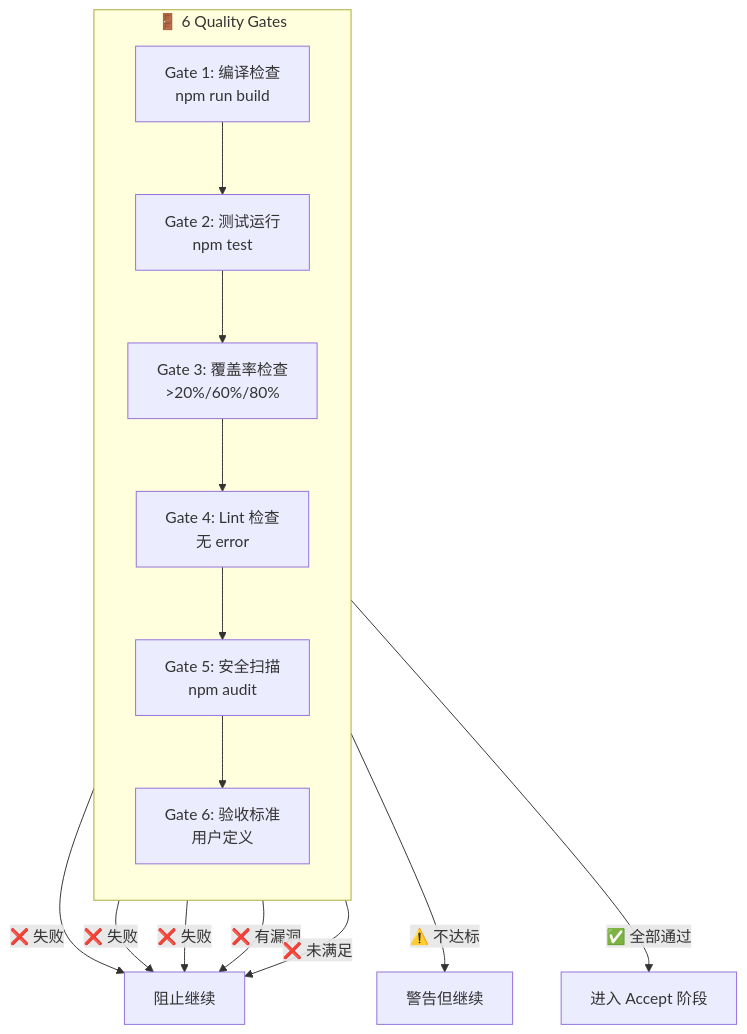
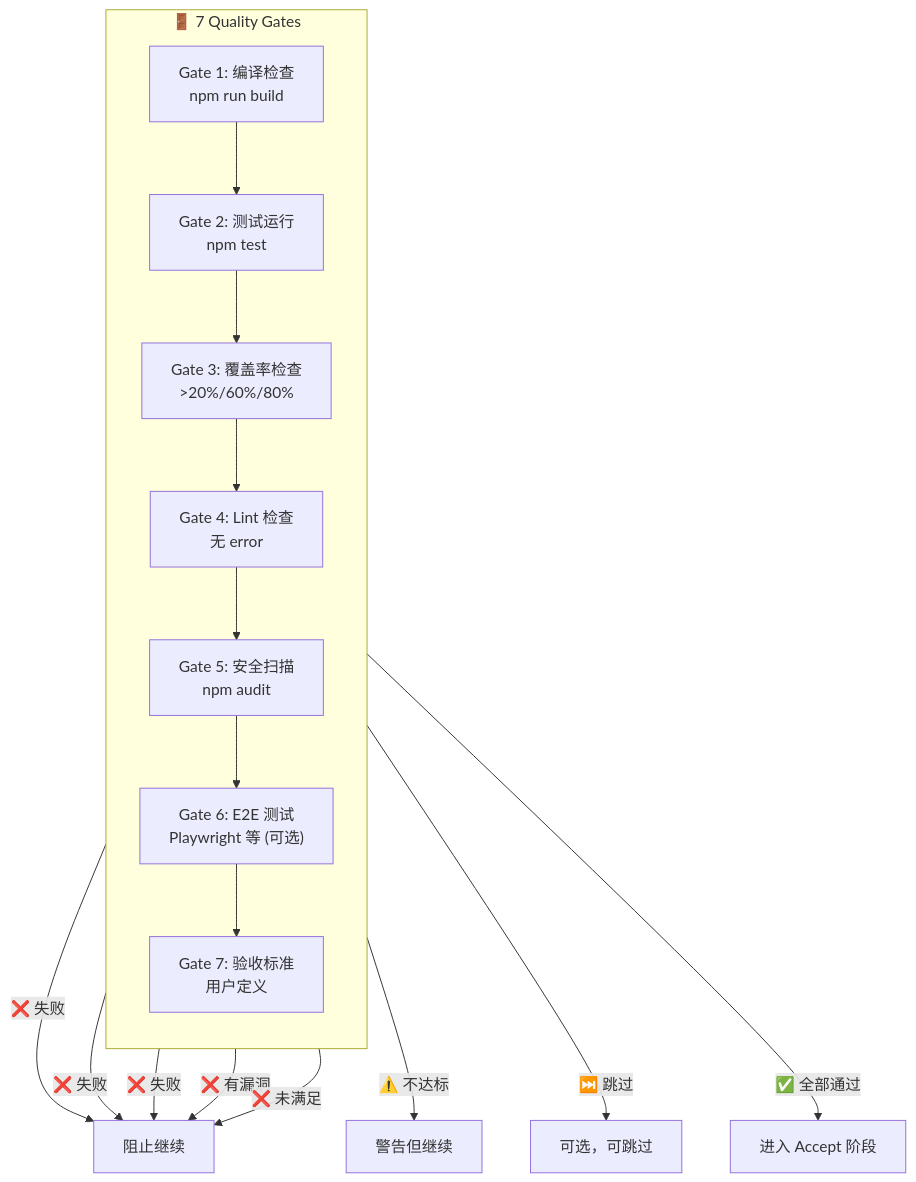
One commit to bigfish1913/openmatrix changed the fifth of 10 diagrams in docs/FLOW.md. Above: the diagram before and after it, drawn with Mermaid. The commit also changed other lines of this file and 2 other files, not shown here.

````diff
--- a/docs/FLOW.md
+++ b/docs/FLOW.md
@@ -110,23 +110,25 @@
 ```mermaid
 flowchart TB
-    subgraph Gates["🚪 6 Quality Gates"]
+    subgraph Gates["🚪 7 Quality Gates"]
         direction TB
         G1["Gate 1: 编译检查<br/>npm run build"]
         G2["Gate 2: 测试运行<br/>npm test"]
         G3["Gate 3: 覆盖率检查<br/>>20%/60%/80%"]
         G4["Gate 4: Lint 检查<br/>无 error"]
         G5["Gate 5: 安全扫描<br/>npm audit"]
-        G6["Gate 6: 验收标准<br/>用户定义"]
+        G6["Gate 6: E2E 测试<br/>Playwright 等 (可选)"]
+        G7["Gate 7: 验收标准<br/>用户定义"]
 
-        G1 --> G2 --> G3 --> G4 --> G5 --> G6
+        G1 --> G2 --> G3 --> G4 --> G5 --> G6 --> G7
     end
 
     G1 -->|❌ 失败| FAIL["阻止继续"]
     G2 -->|❌ 失败| FAIL
     G3 -->|⚠️ 不达标| WARN["警告但继续"]
     G4 -->|❌ 失败| FAIL
     G5 -->|❌ 有漏洞| FAIL
-    G6 -->|❌ 未满足| FAIL
+    G6 -->|⏭️ 跳过| SKIP["可选，可跳过"]
+    G7 -->|❌ 未满足| FAIL
 
-    G6 -->|✅ 全部通过| PASS["进入 Accept 阶段"]
+    G7 -->|✅ 全部通过| PASS["进入 Accept 阶段"]
 ```
````
